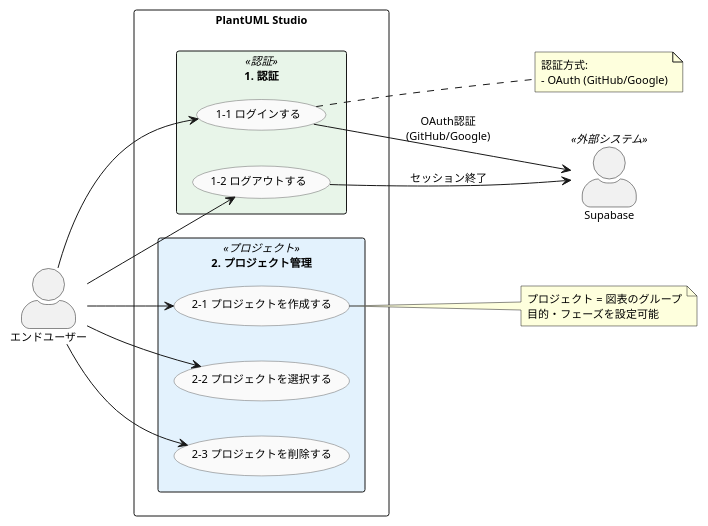
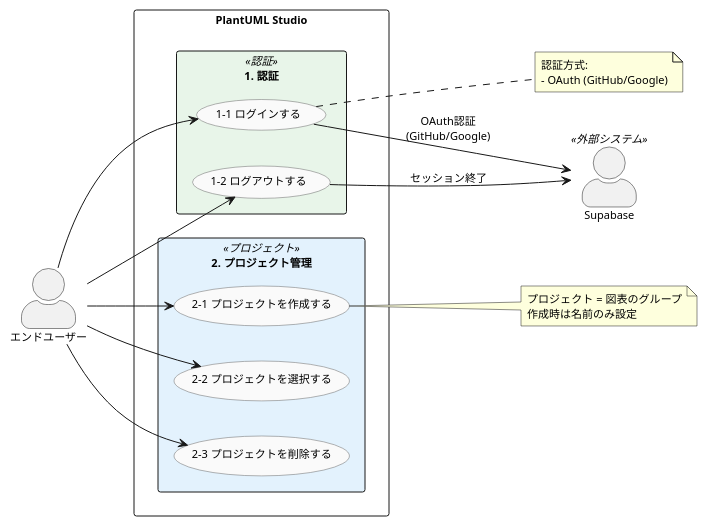
The third of 6 diagrams in docs/proposals/PlantUML_Studio_ユースケース図_20251130.md (yoshiwo3/PlantUML2_Opus4.5), drawn with PlantUML before and after one commit. The commit also changed 1 other file, not shown here.

Commit message:
refactor: Improve 3.5 プロジェクト管理フロー quality (64→85+)
## Improvements
- Add pre/post conditions
- Add validation flow (empty check, length, forbidden chars, duplicate)
- Add comprehensive error handling
- Add empty state UI (0 projects)
- Add loading states
- Fix flow structure with repeat/while loop
- Fix swimlane declarations in all cases
- Add バリデーションルール table
- Add エラーハンドリング table
- Expand step tables with error handling column

## Use Case Diagram Fix
- Change note from "目的・フェーズを設定可能" to "作成時は名前のみ設定"
- Ensures consistency with business flow decision

🤖 Generated with [Claude Code](https://claude.com/claude-code)

````diff
--- a/docs/proposals/PlantUML_Studio_ユースケース図_20251130.md
+++ b/docs/proposals/PlantUML_Studio_ユースケース図_20251130.md
@@ -329,64 +329,64 @@
 ```plantuml
 @startuml PlantUML_Studio_UseCase_Auth_Project
 '==================================================
 ' 詳細図: 1.認証 + 2.プロジェクト管理
 '==================================================
 left to right direction
 
 skinparam actorStyle awesome
 skinparam packageStyle rectangle
 skinparam defaultFontSize 11
 
 skinparam package {
     BackgroundColor<<認証>> #E8F5E9
     BackgroundColor<<プロジェクト>> #E3F2FD
 }
 
 skinparam usecase {
     BackgroundColor #FAFAFA
     BorderColor #666666
 }
 
 '-- アクター --
 actor "エンドユーザー" as user
 actor "Supabase" as supabase <<外部システム>>
 
 '-- システム境界 --
 rectangle "PlantUML Studio" {
 
     package "1. 認証" <<認証>> {
         usecase "1-1 ログインする" as UC_LOGIN
         usecase "1-2 ログアウトする" as UC_LOGOUT
     }
 
     package "2. プロジェクト管理" <<プロジェクト>> {
         usecase "2-1 プロジェクトを作成する" as UC_PRJ_CREATE
         usecase "2-2 プロジェクトを選択する" as UC_PRJ_SELECT
         usecase "2-3 プロジェクトを削除する" as UC_PRJ_DELETE
     }
 }
 
 '-- 主アクター関連 --
 user --> UC_LOGIN
 user --> UC_LOGOUT
 user --> UC_PRJ_CREATE
 user --> UC_PRJ_SELECT
 user --> UC_PRJ_DELETE
 
 '-- 外部システム関連 --
 UC_LOGIN --> supabase : OAuth認証\n(GitHub/Google)
 UC_LOGOUT --> supabase : セッション終了
 
 '-- ノート --
 note right of UC_LOGIN
   認証方式:
   - OAuth (GitHub/Google)
 end note
 
 note right of UC_PRJ_CREATE
   プロジェクト = 図表のグループ
-  目的・フェーズを設定可能
+  作成時は名前のみ設定
 end note
 
 @enduml
 ```
````
